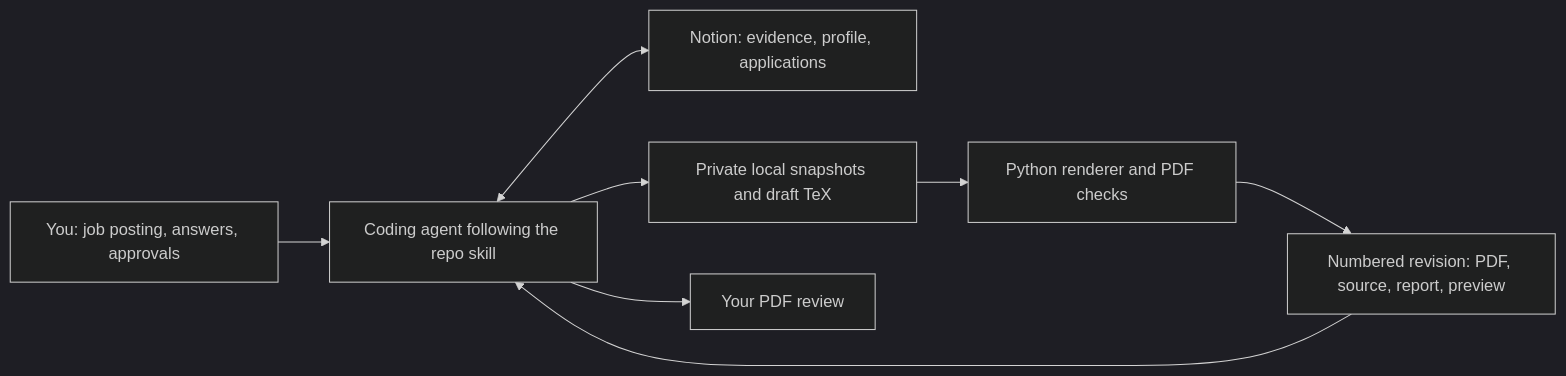
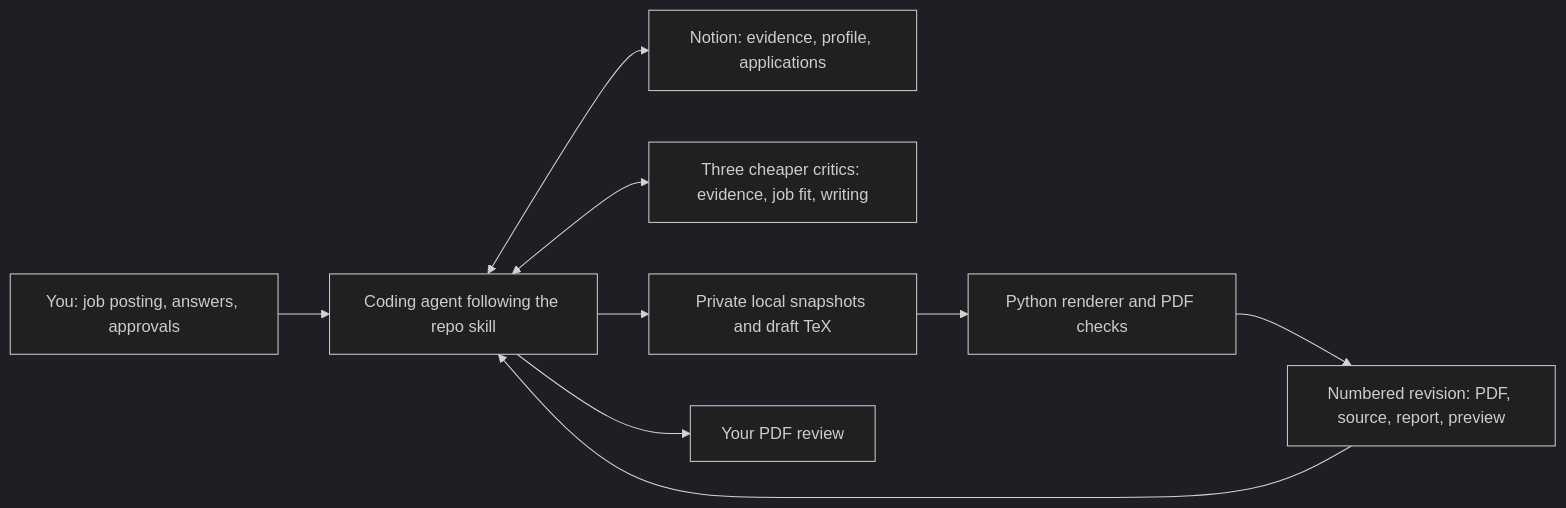
The diagram in docs/resume-studio.md (jakebodea/personal-website), drawn with Mermaid (dark theme) before and after one commit. The commit also changed other lines of this file and 3 other files, not shown here.

````diff
--- a/docs/resume-studio.md
+++ b/docs/resume-studio.md
@@ -12,10 +12,11 @@
 ```mermaid
 flowchart LR
     User["You: job posting, answers, approvals"] --> Agent["Coding agent following the repo skill"]
     Agent <--> Notion["Notion: evidence, profile, applications"]
+    Agent <--> Critics["Three cheaper critics: evidence, job fit, writing"]
     Agent --> Local["Private local snapshots and draft TeX"]
     Local --> Renderer["Python renderer and PDF checks"]
     Renderer --> Revision["Numbered revision: PDF, source, report, preview"]
     Revision --> Agent
     Agent --> Review["Your PDF review"]
 ```
````
